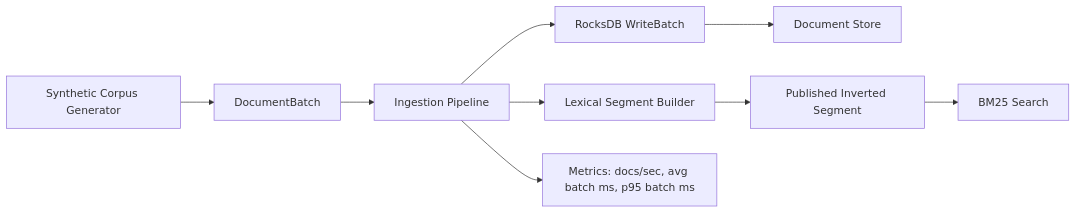
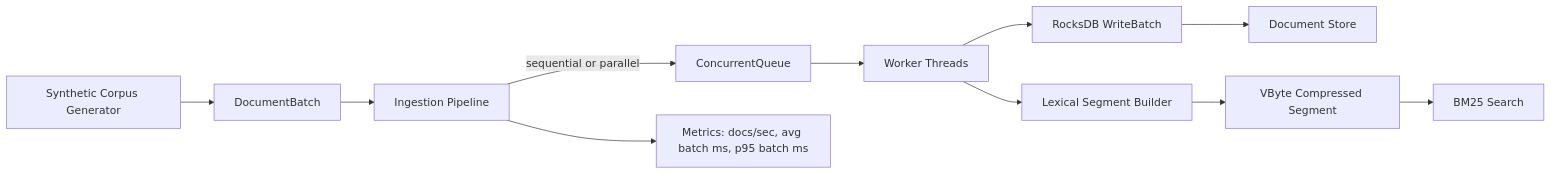
The diagram in README.md (knokvik/kestral), drawn with Mermaid before and after one commit. The commit also changed other lines of this file and 14 other files, not shown here.

````diff
--- a/README.md
+++ b/README.md
@@ -41,11 +46,13 @@
 ```mermaid
 flowchart LR
     A["Synthetic Corpus Generator"] --> B["DocumentBatch"]
     B --> C["Ingestion Pipeline"]
-    C --> D["RocksDB WriteBatch"]
-    C --> E["Lexical Segment Builder"]
-    D --> F["Document Store"]
-    E --> G["Published Inverted Segment"]
-    G --> H["BM25 Search"]
-    C --> I["Metrics: docs/sec, avg batch ms, p95 batch ms"]
+    C -->|sequential or parallel| D["ConcurrentQueue"]
+    D --> E["Worker Threads"]
+    E --> F["RocksDB WriteBatch"]
+    E --> G["Lexical Segment Builder"]
+    F --> H["Document Store"]
+    G --> I["VByte Compressed Segment"]
+    I --> J["BM25 Search"]
+    C --> K["Metrics: docs/sec, avg batch ms, p95 batch ms"]
 ```
````
